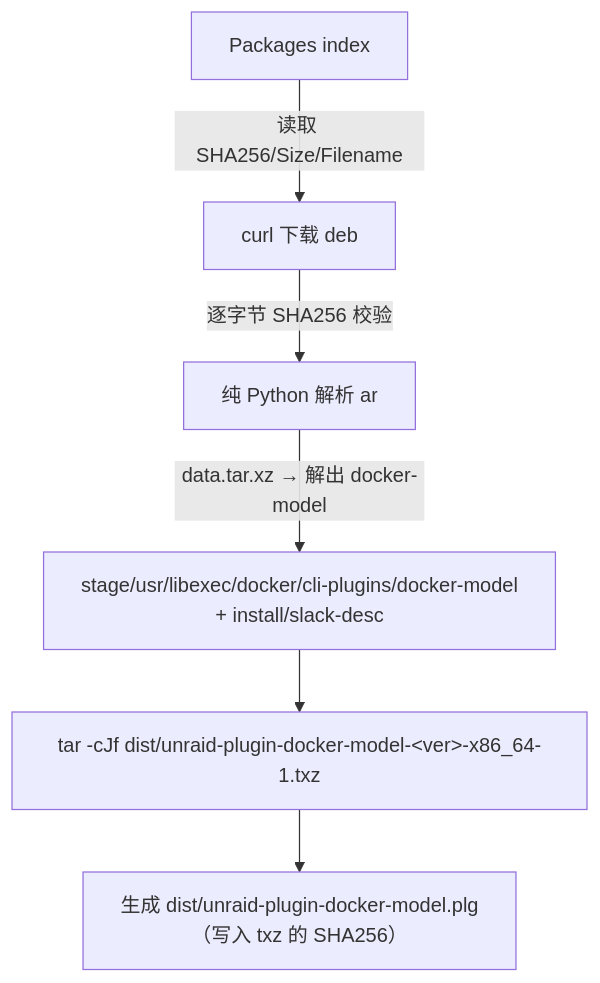
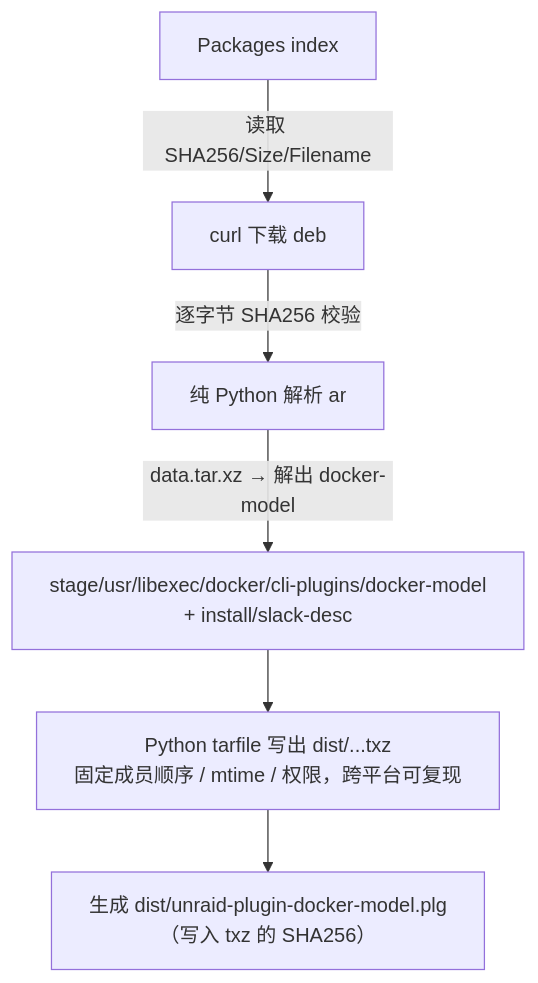
The third of 3 diagrams in docs/02-technical-design.md (zhz8888/unraid-plugin-docker-model), drawn with Mermaid before and after one commit. The commit also changed other lines of this file and 3 other files, not shown here.

First line of the commit message:
docs(architecture): correct technical facts and project status

````diff
--- a/docs/02-technical-design.md
+++ b/docs/02-technical-design.md
@@ -157,16 +157,16 @@
 ```mermaid
 %%{init: {"flowchart": {"wrappingWidth": 400}}}%%
 flowchart TD
   INDEX["Packages index"]
   DEB["curl 下载 deb"]
   PARSE["纯 Python 解析 ar"]
   STAGE["stage/usr/libexec/docker/cli-plugins/docker-model<br/>+ install/slack-desc"]
-  TXZ["tar -cJf dist/unraid-plugin-docker-model-&lt;ver&gt;-x86_64-1.txz"]
+  TXZ["Python tarfile 写出 dist/...txz<br/>固定成员顺序 / mtime / 权限，跨平台可复现"]
   PLG["生成 dist/unraid-plugin-docker-model.plg<br/>（写入 txz 的 SHA256）"]
 
   INDEX -->|"读取 SHA256/Size/Filename"| DEB
   DEB -->|"逐字节 SHA256 校验"| PARSE
   PARSE -->|"data.tar.xz → 解出 docker-model"| STAGE
   STAGE --> TXZ
   TXZ --> PLG
 ```
````
